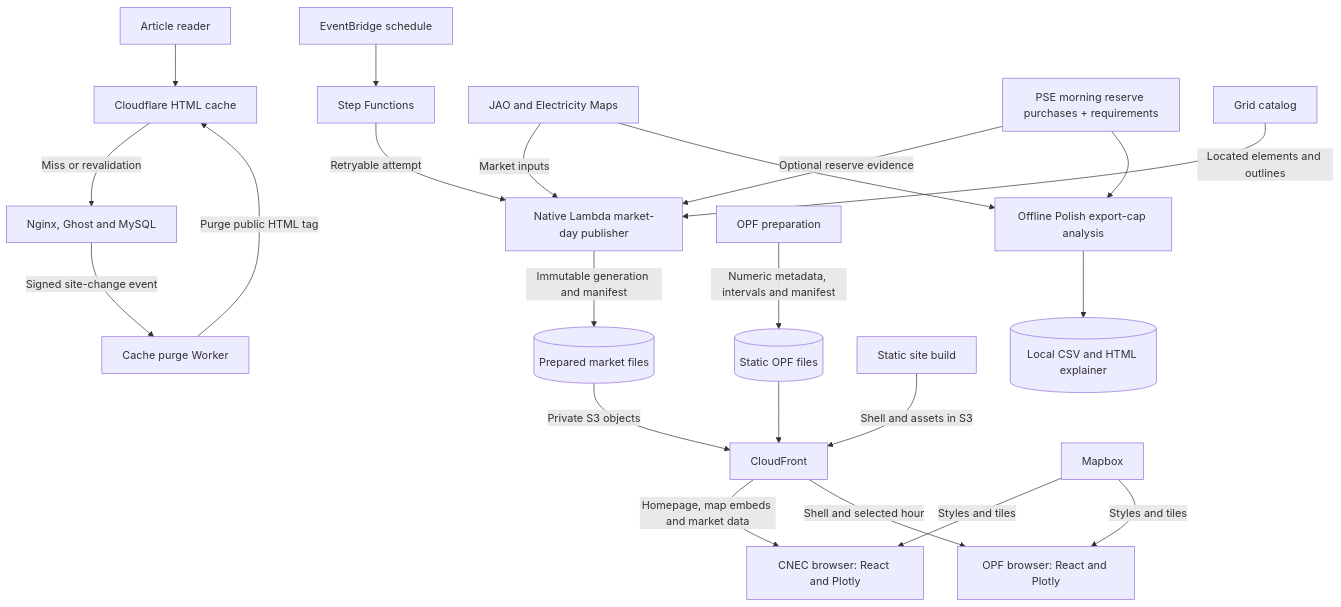
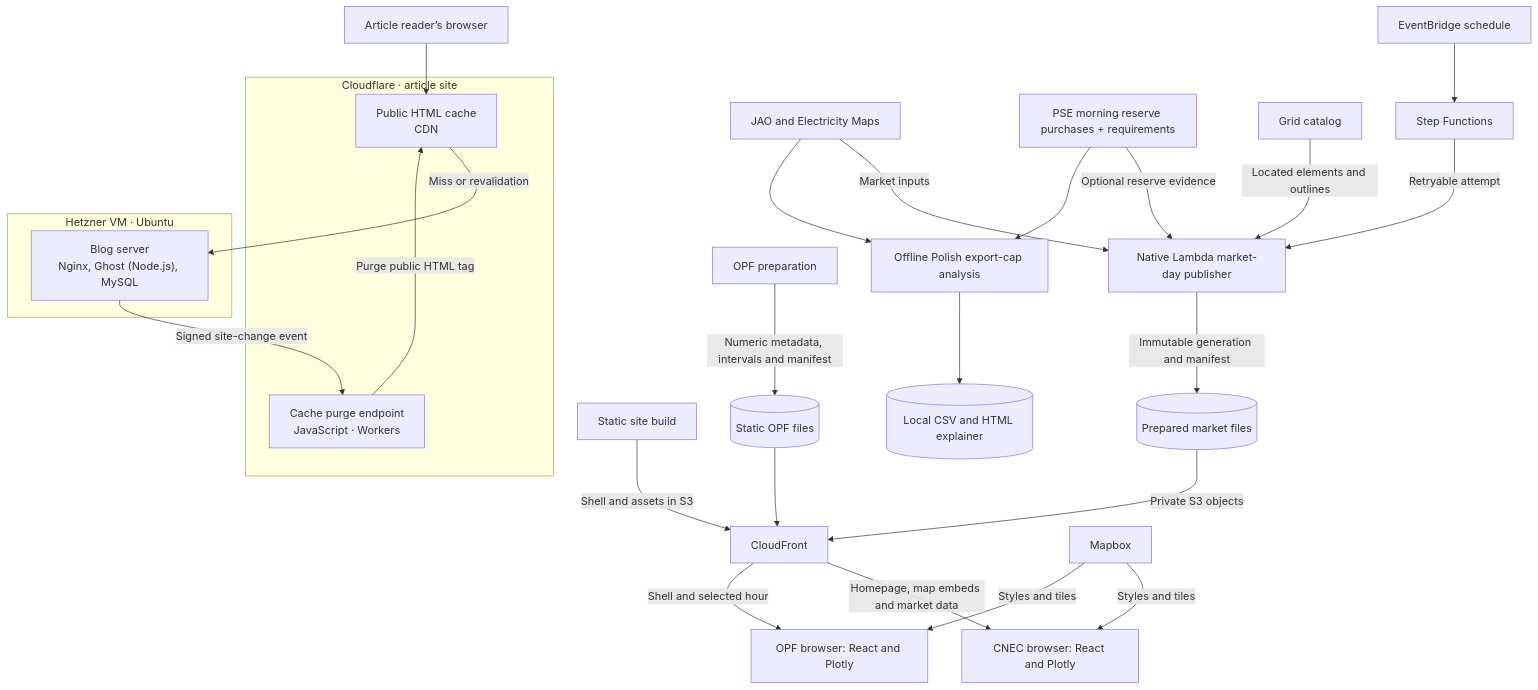
Before and after one commit to zoltanmaric/coppersushi: the diagram in README.md, drawn with Mermaid. The commit also changed 4 other files, not shown here.

Commit message:
Clarify runtime and hosting boundaries in architecture diagrams

````diff
--- a/README.md
+++ b/README.md
@@ -45,30 +45,38 @@
 ```mermaid
 flowchart TB
-    articles["Article reader"] --> articleedge["Cloudflare HTML cache"]
-    articleedge -->|Miss or revalidation| articlehost["Nginx, Ghost and MySQL"]
-    articlehost -->|Signed site-change event| purge["Cache purge Worker"]
+    articles["Article reader’s browser"]
+    subgraph articlecloudflare["Cloudflare · article site"]
+        articleedge["Public HTML cache<br/>CDN"]
+        purge["Cache purge endpoint<br/>JavaScript · Workers"]
+    end
+    subgraph articlehetzner["Hetzner VM · Ubuntu"]
+        articlehost["Blog server<br/>Nginx, Ghost (Node.js), MySQL"]
+    end
+    articles --> articleedge
+    articleedge -->|Miss or revalidation| articlehost
+    articlehost -->|Signed site-change event| purge
     purge -->|Purge public HTML tag| articleedge
     click articlehost "https://github.com/zoltanmaric/coppersushi/blob/main/121gigawatts/hosting/README.md" "Ghost hosting"
     click purge "https://github.com/zoltanmaric/coppersushi/blob/main/121gigawatts/hosting/README.md#public-page-caching" "Cache purge endpoint"
     schedule["EventBridge schedule"] --> workflow["Step Functions"]
     workflow -->|Retryable attempt| publication
     market["JAO and Electricity Maps"] -->|Market inputs| publication["Native Lambda market-day publisher"]
     pse["PSE morning reserve purchases + requirements"] -->|Optional reserve evidence| publication
     pse --> investigation["Offline Polish export-cap analysis"]
     market --> investigation
     investigation --> research[("Local CSV and HTML explainer")]
     catalog["Grid catalog"] -->|Located elements and outlines| publication
     publication -->|Immutable generation and manifest| prepared[("Prepared market files")]
     prepared -->|Private S3 objects| edge["CloudFront"]
     build["Static site build"] -->|Shell and assets in S3| edge
     edge -->|Homepage, map embeds and market data| browser["CNEC browser: React and Plotly"]
     opf["OPF preparation"] -->|Numeric metadata, intervals and manifest| opffiles[("Static OPF files")]
     opffiles --> edge
     edge -->|Shell and selected hour| opfbrowser["OPF browser: React and Plotly"]
     maps["Mapbox"] -->|Styles and tiles| browser
     maps -->|Styles and tiles| opfbrowser
     click catalog "https://github.com/zoltanmaric/coppersushi/blob/main/coppersushi/pipelines/grid/README.md" "Grid catalog"
     click opf "https://github.com/zoltanmaric/coppersushi/blob/main/coppersushi/pipelines/powerflow/README.md" "OPF"
     click publication "https://github.com/zoltanmaric/coppersushi/blob/main/coppersushi/pipelines/cnec/README.md" "Publication"
     click browser "https://github.com/zoltanmaric/coppersushi/blob/main/coppersushi/frontend/README.md" "CNEC browser"
 ```
````
